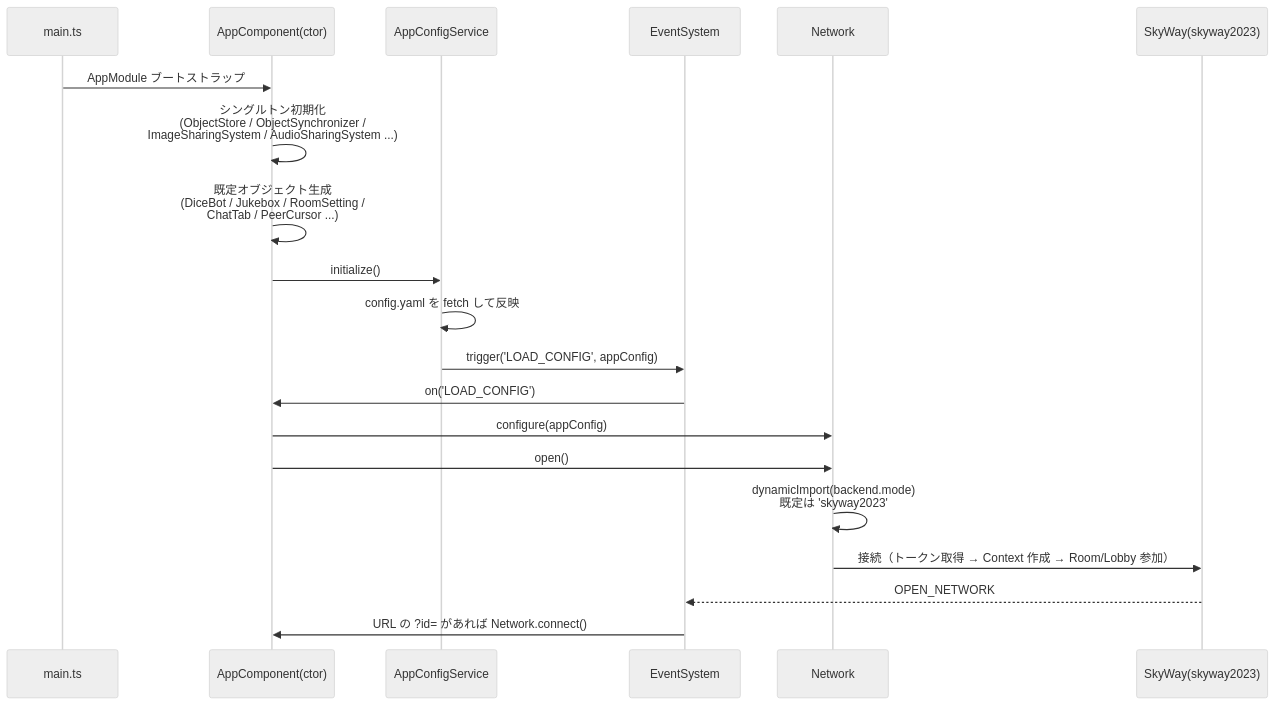
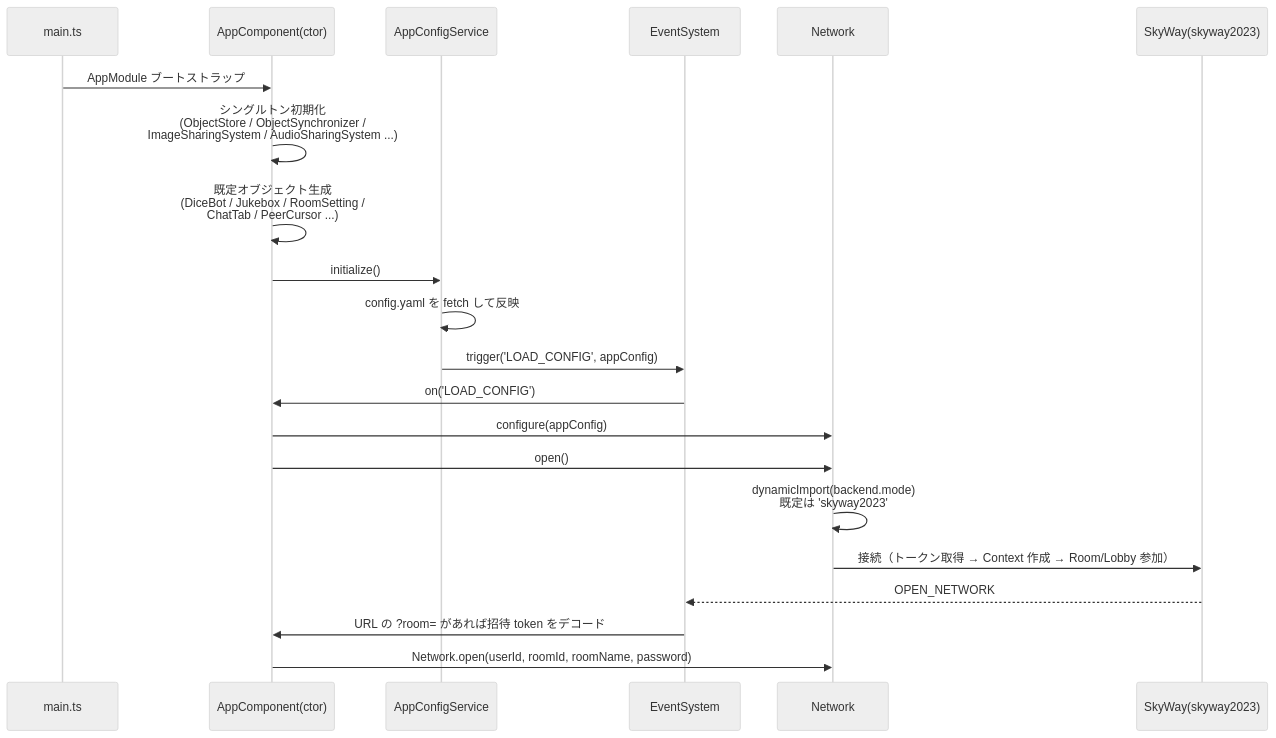
The first of 2 diagrams in docs/architecture/01-overview.md (FukaseDaichi/udonarium_murder), drawn with Mermaid (neutral theme) before and after one commit. The commit also changed other lines of this file and 8 other files, not shown here.

First line of the commit message:
fix: Update room invite URL handling and documentation

````diff
--- a/docs/architecture/01-overview.md
+++ b/docs/architecture/01-overview.md
@@ -58,23 +58,24 @@
 ```mermaid
 sequenceDiagram
     participant main as main.ts
     participant App as AppComponent(ctor)
     participant Cfg as AppConfigService
     participant ES as EventSystem
     participant Net as Network
     participant SW as SkyWay(skyway2023)
 
     main->>App: AppModule ブートストラップ
     App->>App: シングルトン初期化<br/>(ObjectStore / ObjectSynchronizer /<br/> ImageSharingSystem / AudioSharingSystem ...)
     App->>App: 既定オブジェクト生成<br/>(DiceBot / Jukebox / RoomSetting /<br/> ChatTab / PeerCursor ...)
     App->>Cfg: initialize()
     Cfg->>Cfg: config.yaml を fetch して反映
     Cfg->>ES: trigger('LOAD_CONFIG', appConfig)
     ES->>App: on('LOAD_CONFIG')
     App->>Net: configure(appConfig)
     App->>Net: open()
     Net->>Net: dynamicImport(backend.mode)<br/>既定は 'skyway2023'
     Net->>SW: 接続（トークン取得 → Context 作成 → Room/Lobby 参加）
     SW-->>ES: OPEN_NETWORK
-    ES->>App: URL の ?id= があれば Network.connect()
+    ES->>App: URL の ?room= があれば招待 token をデコード
+    App->>Net: Network.open(userId, roomId, roomName, password)
 ```
````
